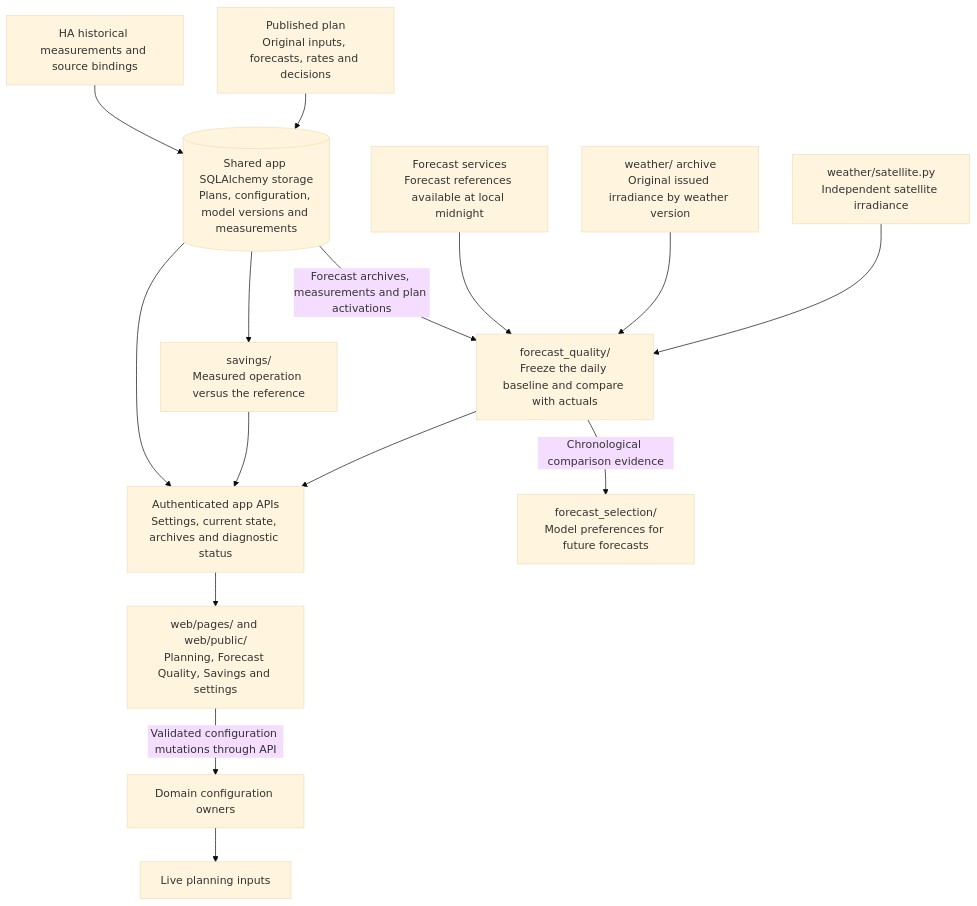
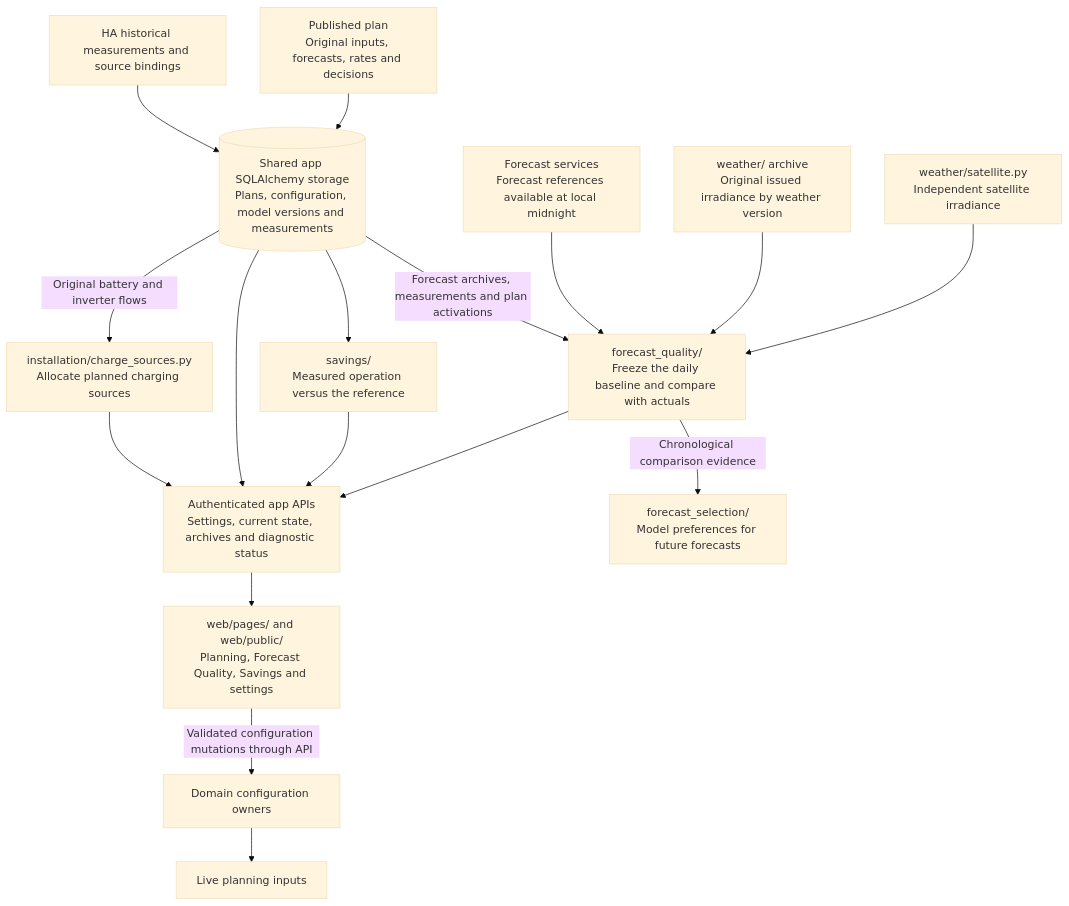
One commit to patrickvorgers/open-energy-planner changed the eighth of 8 diagrams in docs/development/ARCHITECTURE-OVERVIEW.md. Above: the diagram before and after it, drawn with Mermaid (base theme). The commit also changed 14 other files, not shown here.

Commit message:
feat(planning): show per-battery power and charge state

````diff
--- a/docs/development/ARCHITECTURE-OVERVIEW.md
+++ b/docs/development/ARCHITECTURE-OVERVIEW.md
@@ -231,19 +231,21 @@
 ```mermaid
 flowchart TD
     accTitle: Plan archives, historical evaluation and web UI
     accDescr: Published plans, configuration and measurements are durable. Forecast Quality and Savings read preserved evidence and expose different comparisons through the app APIs.
     PLAN["Published plan<br/>Original inputs, forecasts, rates and decisions"] --> ARCHIVE[("Shared app SQLAlchemy storage<br/>Plans, configuration, model versions and measurements")]
     HISTORY["HA historical measurements and source bindings"] --> ARCHIVE
     REFS["Forecast services<br/>Forecast references available at local midnight"] --> QUALITY["forecast_quality/<br/>Freeze the daily baseline and compare with actuals"]
     ARCHIVE -->|Forecast archives, measurements and plan activations| QUALITY
     WX["weather/ archive<br/>Original issued irradiance by weather version"] --> QUALITY
     SAT["weather/satellite.py<br/>Independent satellite irradiance"] --> QUALITY
     QUALITY -->|Chronological comparison evidence| PREFS["forecast_selection/<br/>Model preferences for future forecasts"]
     ARCHIVE --> SAVINGS["savings/<br/>Measured operation versus the reference"]
     ARCHIVE --> READ["Authenticated app APIs<br/>Settings, current state, archives and diagnostic status"]
+    ARCHIVE -->|Original battery and inverter flows| BATTERY["installation/charge_sources.py<br/>Allocate planned charging sources"]
+    BATTERY --> READ
     QUALITY --> READ
     SAVINGS --> READ
     READ --> UI["web/pages/ and web/public/<br/>Planning, Forecast Quality, Savings and settings"]
     UI -->|Validated configuration mutations through API| SETTINGS["Domain configuration owners"]
     SETTINGS --> LIVE["Live planning inputs"]
 ```
````
